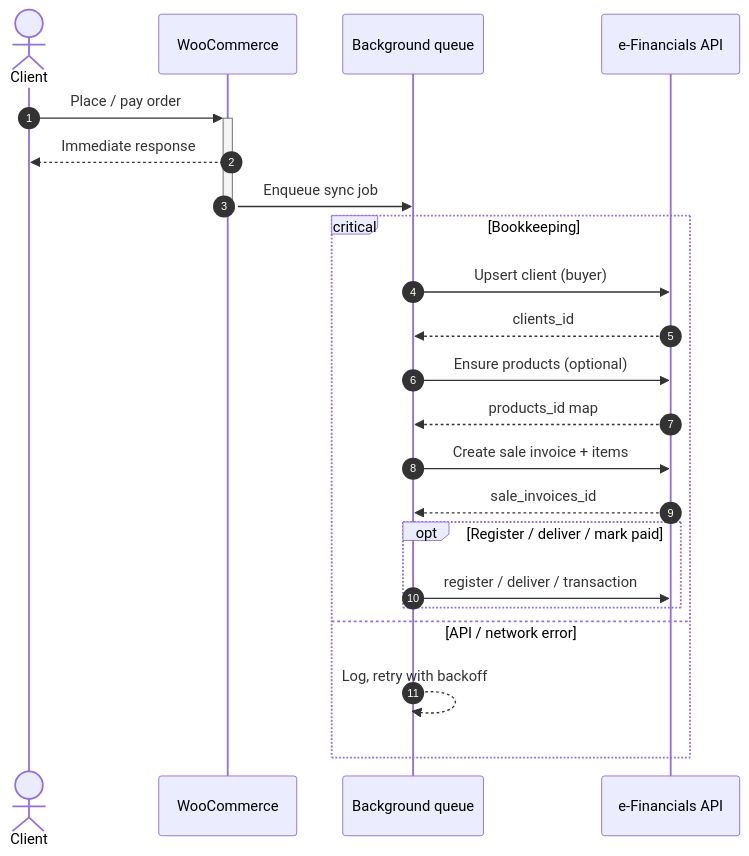
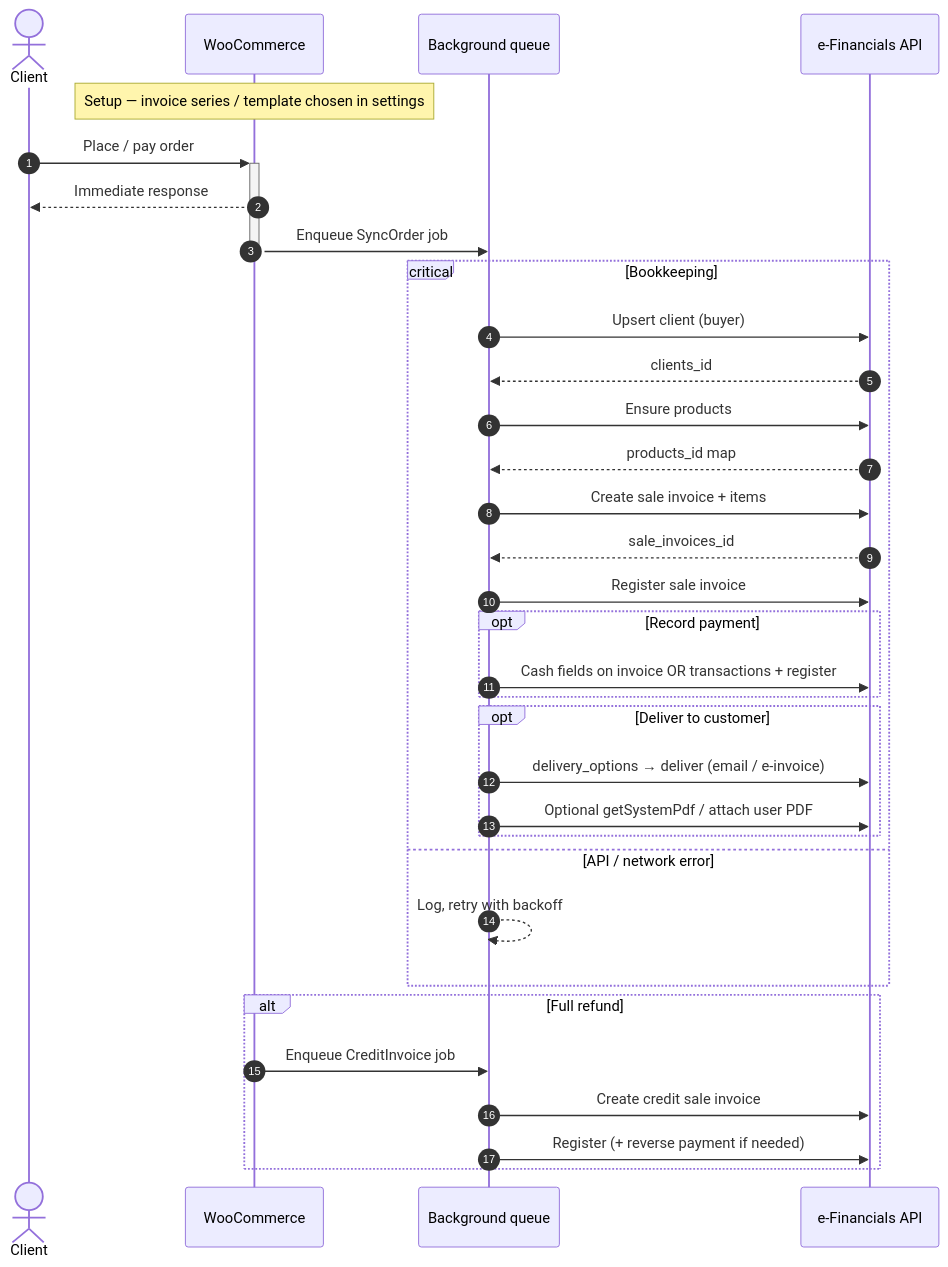
The diagram in docs/accounting-workflow.md (aanndryyyy/e-financials-woocommerce-integration), drawn with Mermaid before and after one commit. The commit also changed other lines of this file, not shown here.

First line of the commit message:
docs: expand plan for payments, credits, PDF/deliver, series

````diff
--- a/docs/accounting-workflow.md
+++ b/docs/accounting-workflow.md
@@ -60,27 +60,39 @@
 ```mermaid
 sequenceDiagram
 	autonumber
 	actor C as Client
 	participant WC as WooCommerce
 	participant Q as Background queue
 	participant EF as e-Financials API
 
+	Note over WC: Setup — invoice series / template chosen in settings
 	C->>+WC: Place / pay order
 	WC-->>C: Immediate response
-	WC->>Q: Enqueue sync job
+	WC->>Q: Enqueue SyncOrder job
 	deactivate WC
 
 	critical Bookkeeping
 		Q->>EF: Upsert client (buyer)
 		EF-->>Q: clients_id
-		Q->>EF: Ensure products (optional)
+		Q->>EF: Ensure products
 		EF-->>Q: products_id map
 		Q->>EF: Create sale invoice + items
 		EF-->>Q: sale_invoices_id
-		opt Register / deliver / mark paid
-			Q->>EF: register / deliver / transaction
+		Q->>EF: Register sale invoice
+		opt Record payment
+			Q->>EF: Cash fields on invoice OR transactions + register
+		end
+		opt Deliver to customer
+			Q->>EF: delivery_options → deliver (email / e-invoice)
+			Q->>EF: Optional getSystemPdf / attach user PDF
 		end
 	option API / network error
 		Q-->>Q: Log, retry with backoff
 	end
+
+	alt Full refund
+		WC->>Q: Enqueue CreditInvoice job
+		Q->>EF: Create credit sale invoice
+		Q->>EF: Register (+ reverse payment if needed)
+	end
 ```
````
